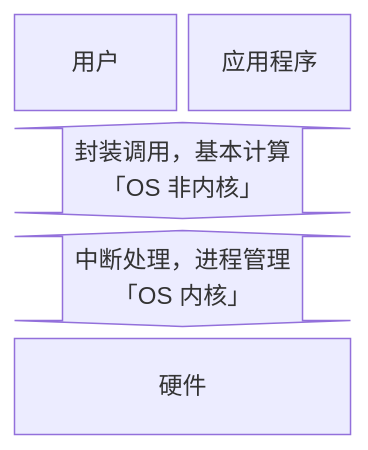
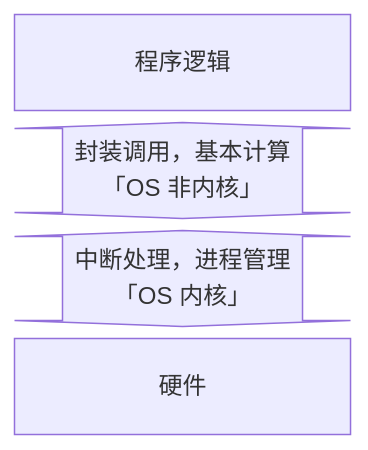
One commit to Explorer-Dong/wiki changed the second of 3 diagrams in docs/base/cs/operating-system/index.md. Above: the diagram before and after it, drawn with Mermaid. The commit also changed other lines of this file and 1 other file, not shown here.

````diff
--- a/docs/base/cs/operating-system/index.md
+++ b/docs/base/cs/operating-system/index.md
@@ -130,14 +81,14 @@
 ```mermaid
 block-beta
   columns 2
   
   %% 上层
-  user["用户"]:1 app["应用程序"]:1
+  logic["程序逻辑"]:2
   
   %% OS
   nonkernel<["封装调用，基本计算\n「OS 非内核」"]>(up,down):2
   kernel<["中断处理，进程管理\n「OS 内核」"]>(up,down):2
   
   %% 底层
   source["硬件"]:2
 ```
````
